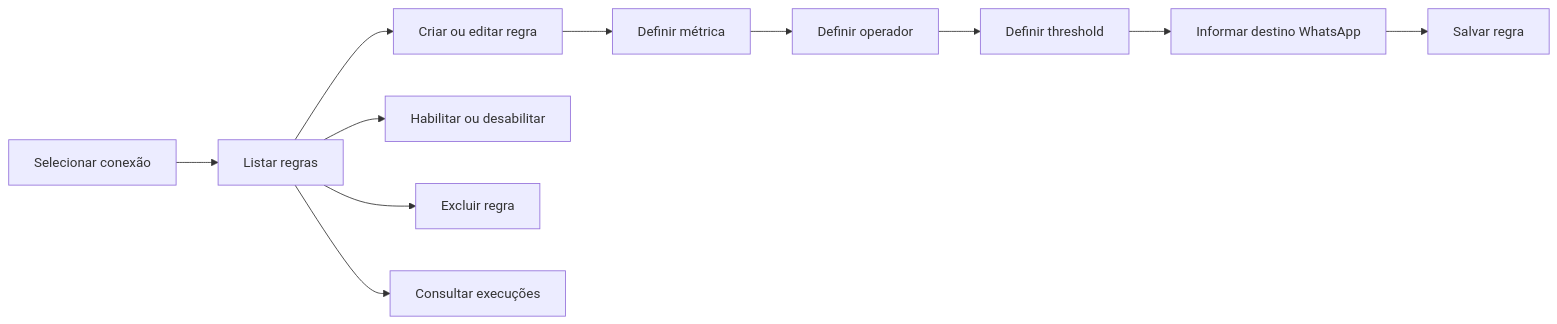
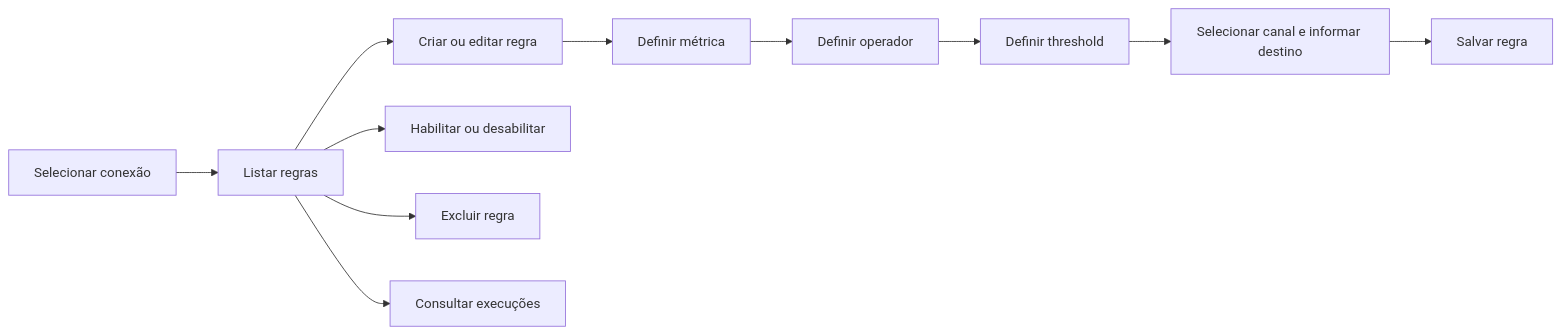
The fourth of 4 diagrams in README.md (RodolfoBispo997/DBMetrics_Front), drawn with Mermaid before and after one commit. The commit also changed other lines of this file and 19 other files, not shown here.

````diff
--- a/README.md
+++ b/README.md
@@ -532,14 +532,14 @@
 ```mermaid
 flowchart LR
     A[Selecionar conexão] --> B[Listar regras]
     B --> C[Criar ou editar regra]
     C --> D[Definir métrica]
     D --> E[Definir operador]
     E --> F[Definir threshold]
-    F --> G[Informar destino WhatsApp]
+    F --> G[Selecionar canal e informar destino]
     G --> H[Salvar regra]
 
     B --> I[Habilitar ou desabilitar]
     B --> J[Excluir regra]
     B --> K[Consultar execuções]
 ```
````
